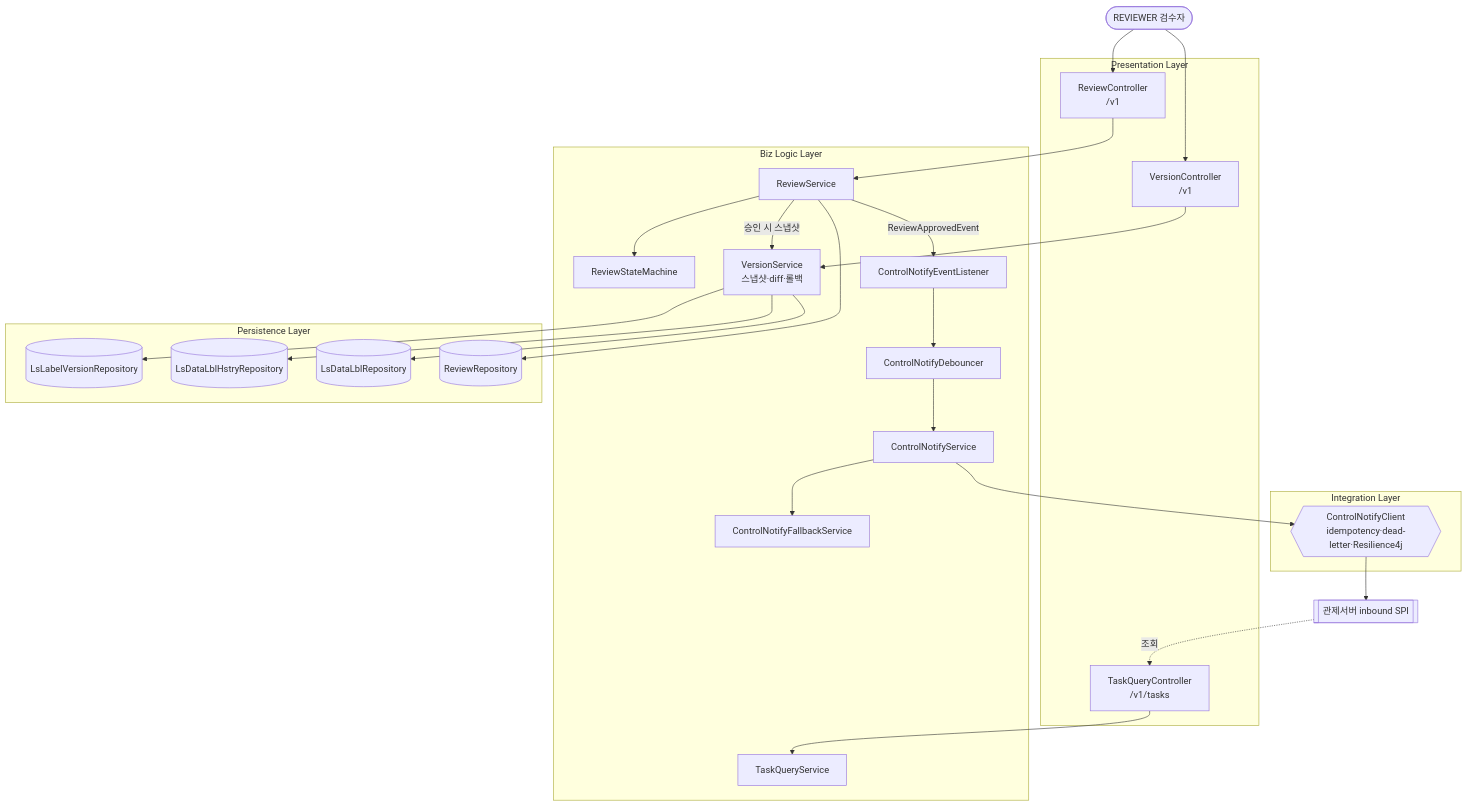
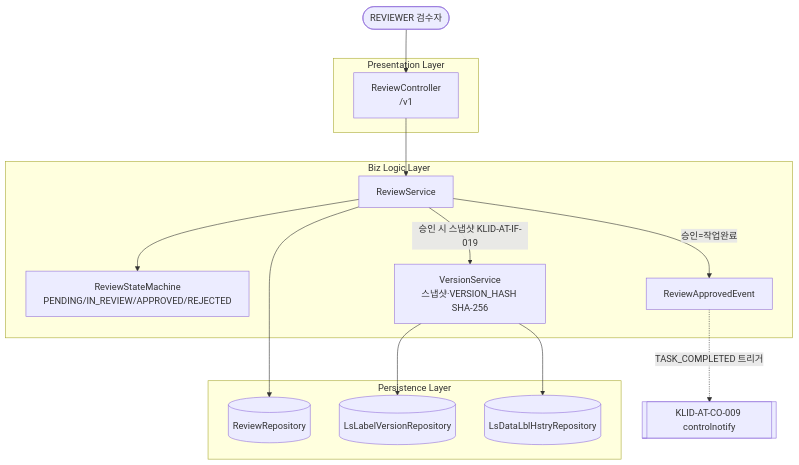
One commit to New-stella/klid-label changed the seventh of 13 diagrams in docs/design/D3-컴포넌트설계서.md. Above: the diagram before and after it, drawn with Mermaid. The commit also changed other lines of this file, not shown here.

````diff
--- a/docs/design/D3-컴포넌트설계서.md
+++ b/docs/design/D3-컴포넌트설계서.md
@@ -174,52 +260,30 @@
 ```mermaid
 flowchart TB
   REVIEWER([REVIEWER 검수자])
-  CTRL[["관제서버 inbound SPI"]]
+  CO009[["KLID-AT-CO-009 controlnotify"]]
 
   subgraph Presentation [Presentation Layer]
     RvwCtrl[ReviewController<br/>/v1]
-    VerCtrl[VersionController<br/>/v1]
-    TaskQryCtrl[TaskQueryController<br/>/v1/tasks]
   end
-
   subgraph Biz [Biz Logic Layer]
     RvwSvc[ReviewService]
-    RvwSm[ReviewStateMachine]
-    VerSvc[VersionService<br/>스냅샷·diff·롤백]
-    NotifyLsnr[ControlNotifyEventListener]
-    NotifyDeb[ControlNotifyDebouncer]
-    NotifySvc[ControlNotifyService]
-    NotifyFb[ControlNotifyFallbackService]
-    TaskQrySvc[TaskQueryService]
+    RvwSm[ReviewStateMachine<br/>PENDING/IN_REVIEW/APPROVED/REJECTED]
+    RvwEvt[ReviewApprovedEvent]
+    VerSvc[VersionService<br/>스냅샷·VERSION_HASH SHA-256]
   end
-
   subgraph Persistence [Persistence Layer]
+    RvwRepo[(ReviewRepository)]
     VerRepo[(LsLabelVersionRepository)]
     HstRepo[(LsDataLblHstryRepository)]
-    LblRepo[(LsDataLblRepository)]
-    RvwRepo[(ReviewRepository)]
-  end
-
-  subgraph Integration [Integration Layer]
-    NotifyClient{{ControlNotifyClient<br/>idempotency·dead-letter·Resilience4j}}
   end
 
   REVIEWER --> RvwCtrl
-  REVIEWER --> VerCtrl
-  CTRL -.조회.-> TaskQryCtrl
   RvwCtrl --> RvwSvc
   RvwSvc --> RvwSm
   RvwSvc --> RvwRepo
-  RvwSvc -->|승인 시 스냅샷| VerSvc
-  RvwSvc -->|ReviewApprovedEvent| NotifyLsnr
-  VerCtrl --> VerSvc
+  RvwSvc -->|승인 시 스냅샷 KLID-AT-IF-019| VerSvc
+  RvwSvc -->|승인=작업완료| RvwEvt
+  RvwEvt -.TASK_COMPLETED 트리거.-> CO009
   VerSvc --> VerRepo
   VerSvc --> HstRepo
-  VerSvc --> LblRepo
-  NotifyLsnr --> NotifyDeb
-  NotifyDeb --> NotifySvc
-  NotifySvc --> NotifyClient
-  NotifySvc --> NotifyFb
-  NotifyClient --> CTRL
-  TaskQryCtrl --> TaskQrySvc
 ```
````
